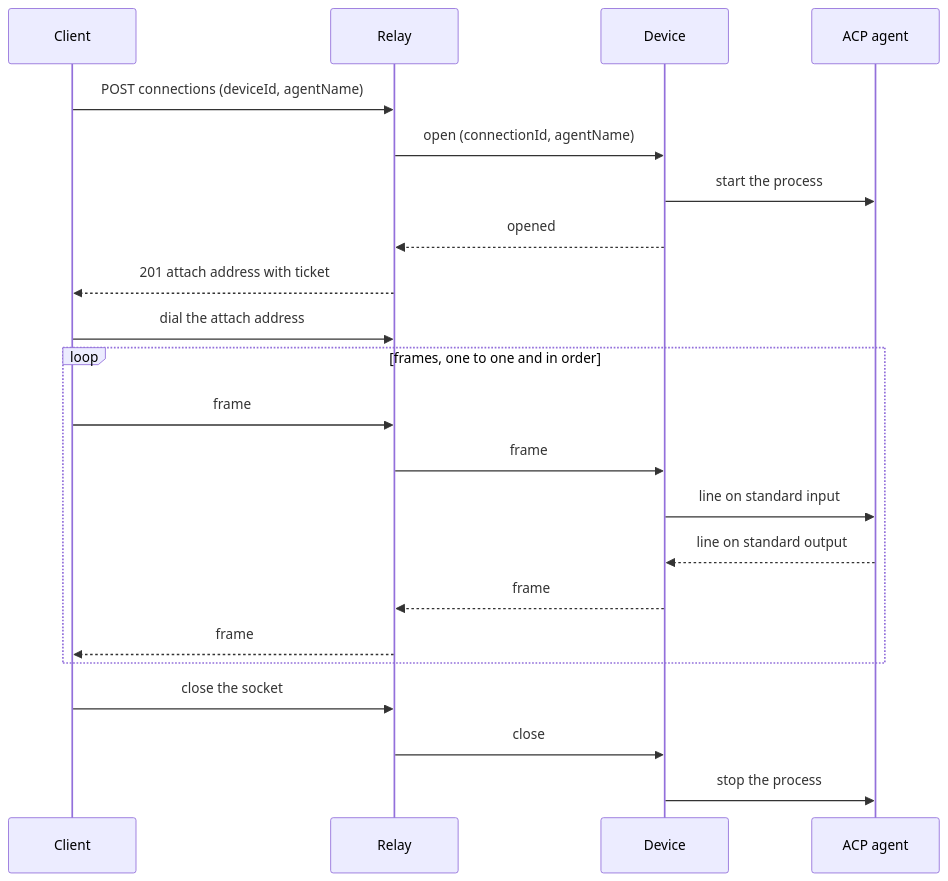
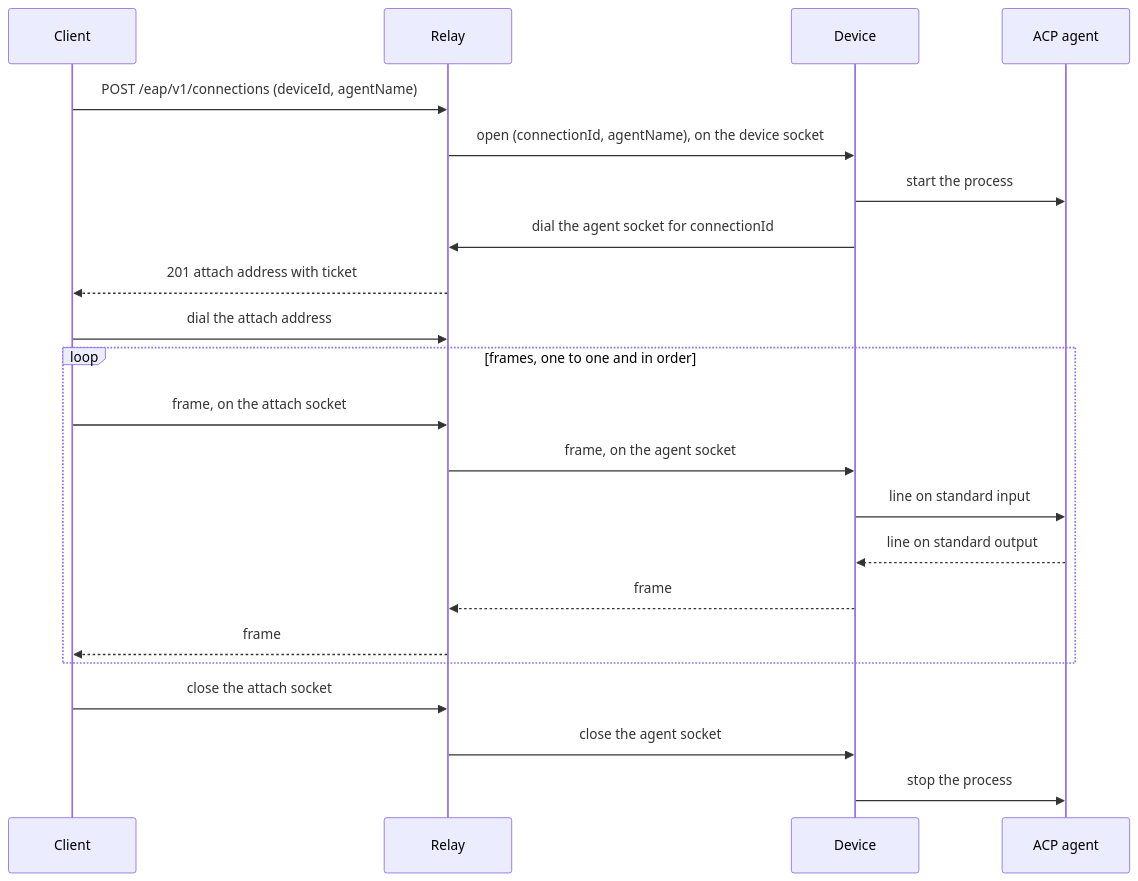
One commit to lulu0119/acp-web-gateway changed the fourth of 5 diagrams in docs/protocol/exterior-agent-protocol.md. Above: the diagram before and after it, drawn with Mermaid. The commit also changed other lines of this file and 76 other files, not shown here.

First line of the commit message:
feat(protocol): dial an agent socket per connection and bind devices to a key

````diff
--- a/docs/protocol/exterior-agent-protocol.md
+++ b/docs/protocol/exterior-agent-protocol.md
@@ -268,25 +242,25 @@
 ```mermaid
 sequenceDiagram
   participant Client
   participant Relay
   participant Device
   participant Agent as ACP agent
 
-  Client->>Relay: POST connections (deviceId, agentName)
-  Relay->>Device: open (connectionId, agentName)
+  Client->>Relay: POST /eap/v1/connections (deviceId, agentName)
+  Relay->>Device: open (connectionId, agentName), on the device socket
   Device->>Agent: start the process
-  Device-->>Relay: opened
+  Device->>Relay: dial the agent socket for connectionId
   Relay-->>Client: 201 attach address with ticket
   Client->>Relay: dial the attach address
   loop frames, one to one and in order
-    Client->>Relay: frame
-    Relay->>Device: frame
+    Client->>Relay: frame, on the attach socket
+    Relay->>Device: frame, on the agent socket
     Device->>Agent: line on standard input
     Agent-->>Device: line on standard output
     Device-->>Relay: frame
     Relay-->>Client: frame
   end
-  Client->>Relay: close the socket
-  Relay->>Device: close
+  Client->>Relay: close the attach socket
+  Relay->>Device: close the agent socket
   Device->>Agent: stop the process
 ```
````
